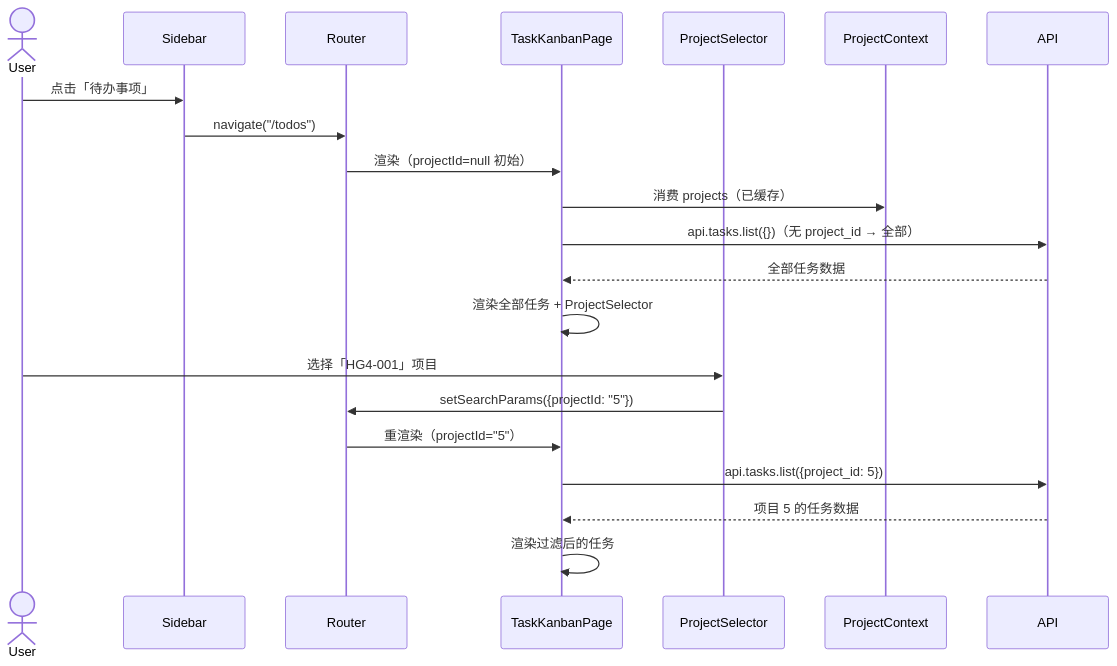
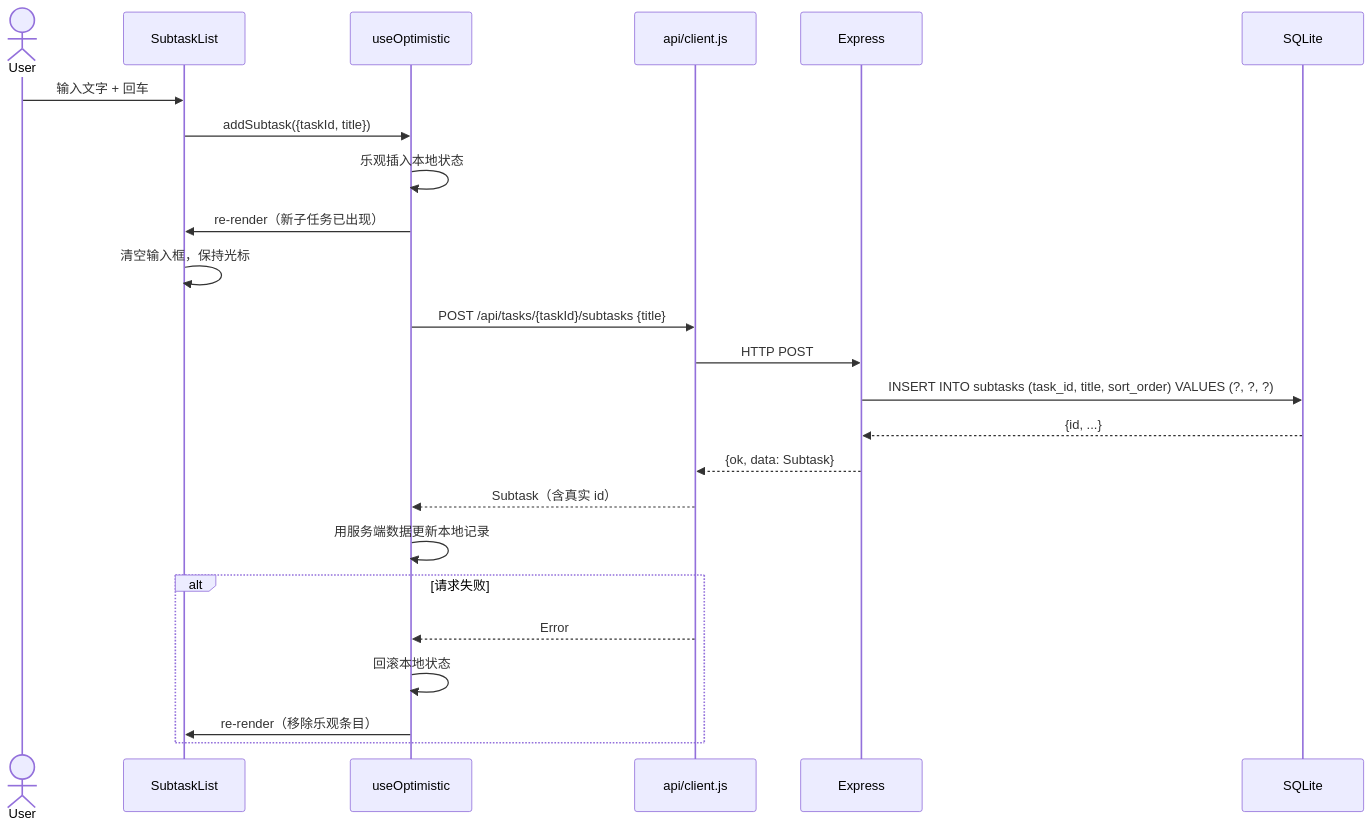
The fifth of 8 diagrams in docs/system_design.md (SugonChenxu/hpm), drawn with Mermaid before and after one commit. The commit also changed other lines of this file and 24 other files, not shown here.

First line of the commit message:
feat: kanban module full implementation (dual-column + subtasks + drag-drop)

````diff
--- a/docs/system_design.md
+++ b/docs/system_design.md
@@ -184,25 +364,29 @@
 ```mermaid
 sequenceDiagram
     actor User
-    participant Sidebar
-    participant Router
-    participant TaskKanbanPage
-    participant ProjectSelector
-    participant ProjectContext
-    participant API
+    participant List as SubtaskList
+    participant Hook as useOptimistic
+    participant API as api/client.js
+    participant Server as Express
+    participant DB as SQLite
 
-    User->>Sidebar: 点击「待办事项」
-    Sidebar->>Router: navigate("/todos")
-    Router->>TaskKanbanPage: 渲染（projectId=null 初始）
-    TaskKanbanPage->>ProjectContext: 消费 projects（已缓存）
-    TaskKanbanPage->>API: api.tasks.list({})（无 project_id → 全部）
-    API-->>TaskKanbanPage: 全部任务数据
-    TaskKanbanPage->>TaskKanbanPage: 渲染全部任务 + ProjectSelector
+    User->>List: 输入文字 + 回车
+    List->>Hook: addSubtask({taskId, title})
+    Hook->>Hook: 乐观插入本地状态
+    Hook->>List: re-render（新子任务已出现）
+    List->>List: 清空输入框，保持光标
 
-    User->>ProjectSelector: 选择「HG4-001」项目
-    ProjectSelector->>Router: setSearchParams({projectId: "5"})
-    Router->>TaskKanbanPage: 重渲染（projectId="5"）
-    TaskKanbanPage->>API: api.tasks.list({project_id: 5})
-    API-->>TaskKanbanPage: 项目 5 的任务数据
-    TaskKanbanPage->>TaskKanbanPage: 渲染过滤后的任务
+    Hook->>API: POST /api/tasks/{taskId}/subtasks {title}
+    API->>Server: HTTP POST
+    Server->>DB: INSERT INTO subtasks (task_id, title, sort_order) VALUES (?, ?, ?)
+    DB-->>Server: {id, ...}
+    Server-->>API: {ok, data: Subtask}
+    API-->>Hook: Subtask（含真实 id）
+    Hook->>Hook: 用服务端数据更新本地记录
+
+    alt 请求失败
+        API-->>Hook: Error
+        Hook->>Hook: 回滚本地状态
+        Hook->>List: re-render（移除乐观条目）
+    end
 ```
````
